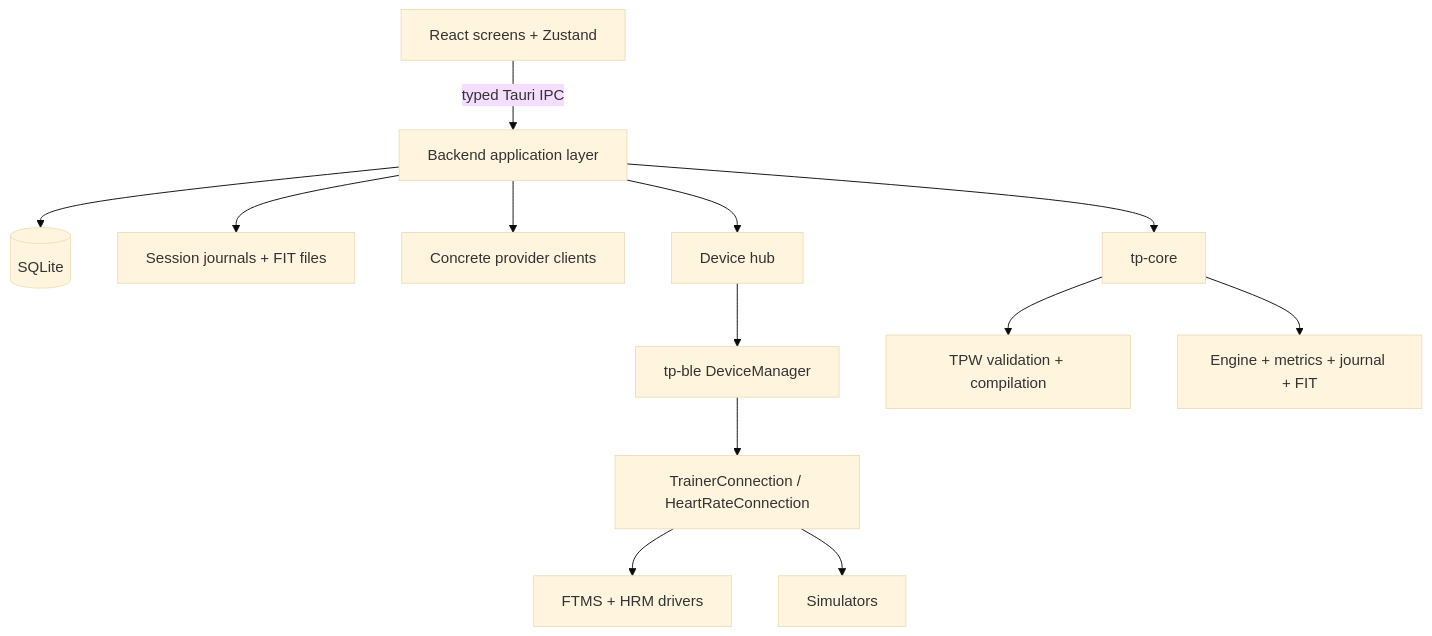
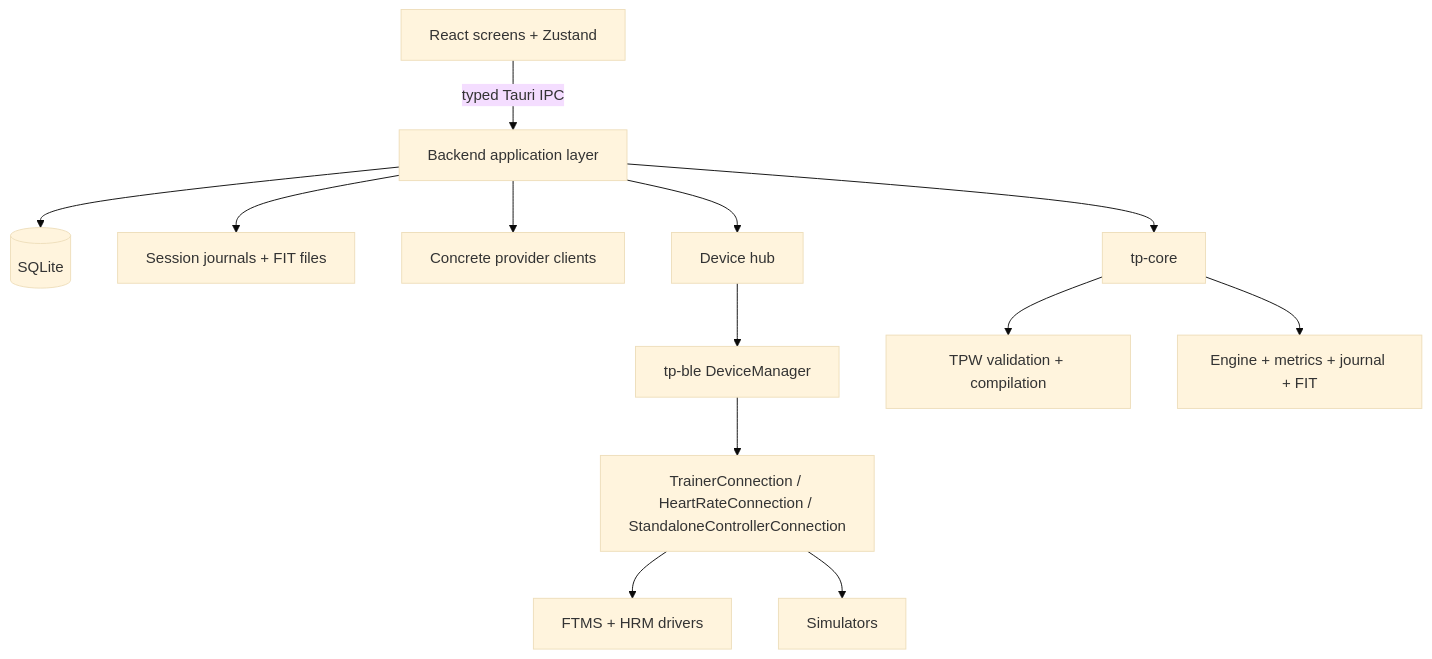
Before and after one commit to sergioclemente/TrainerPro: the first of 2 diagrams in docs/architecture.md, drawn with Mermaid (base theme). The commit also changed other lines of this file and 50 other files, not shown here.

````diff
--- a/docs/architecture.md
+++ b/docs/architecture.md
@@ -12,15 +12,15 @@
 ```mermaid
 flowchart TD
     UI[React screens + Zustand] -->|typed Tauri IPC| APP[Backend application layer]
     APP --> DB[(SQLite)]
     APP --> FILES[Session journals + FIT files]
     APP --> PROVIDERS[Concrete provider clients]
     APP --> CORE[tp-core]
     APP --> HUB[Device hub]
     HUB --> MANAGER[tp-ble DeviceManager]
-    MANAGER --> TRAITS[TrainerConnection / HeartRateConnection]
+    MANAGER --> TRAITS[TrainerConnection / HeartRateConnection / StandaloneControllerConnection]
     TRAITS --> BLE[FTMS + HRM drivers]
     TRAITS --> SIM[Simulators]
     CORE --> TPW[TPW validation + compilation]
     CORE --> ENGINE[Engine + metrics + journal + FIT]
 ```
````
